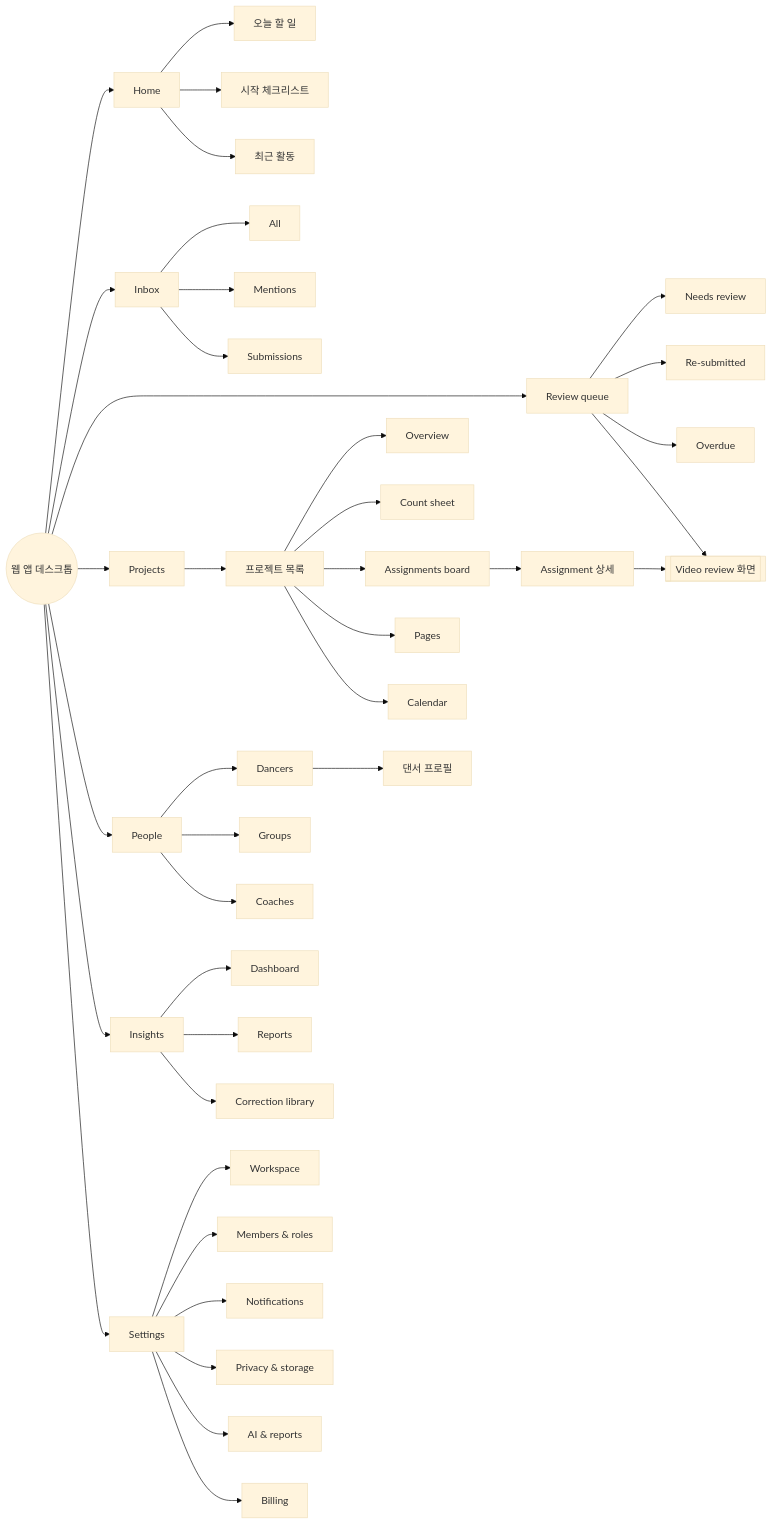
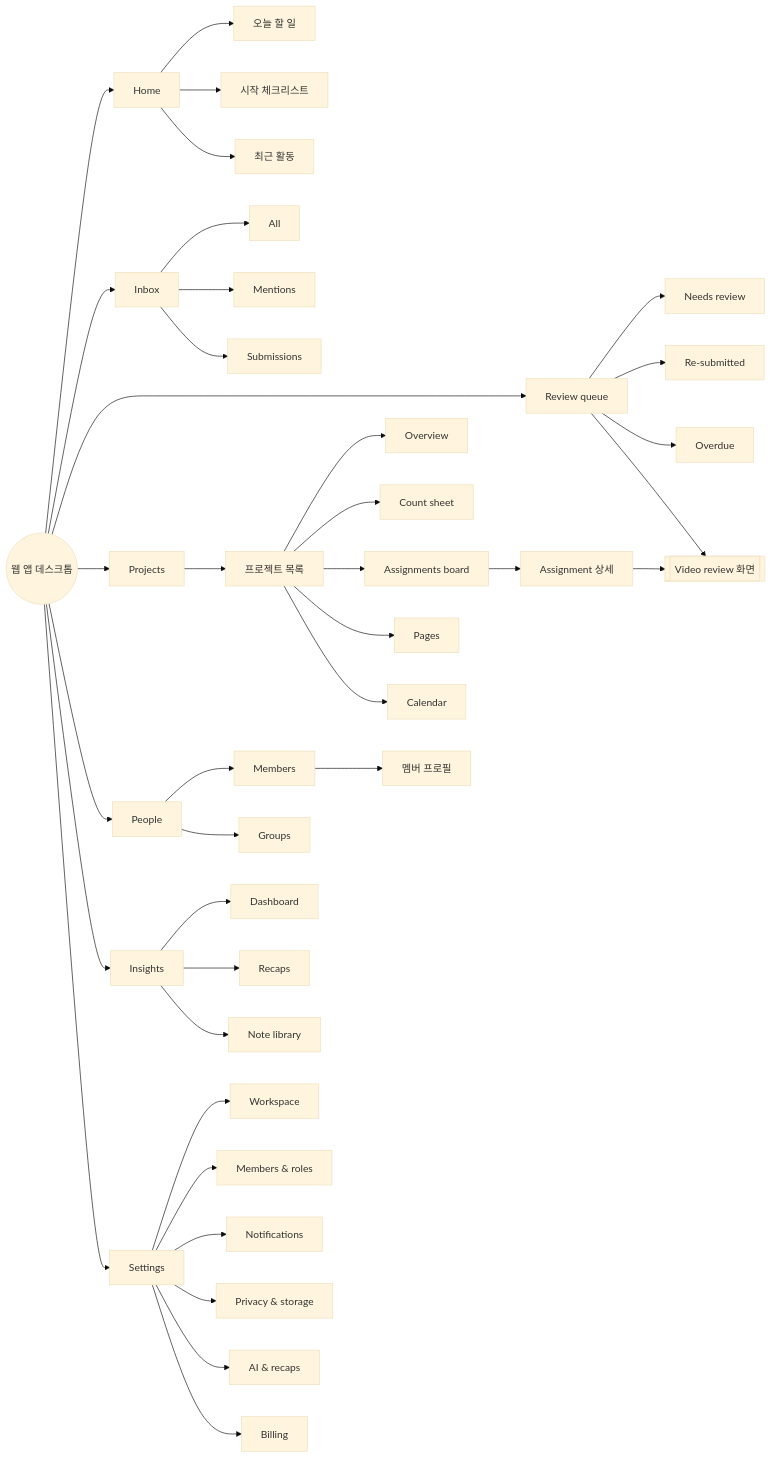
One commit to hope13710/dancerly changed the third of 4 diagrams in docs/01-menu-structure.md. Above: the diagram before and after it, drawn with Mermaid (base theme). The commit also changed other lines of this file and 13 other files, not shown here.

````diff
--- a/docs/01-menu-structure.md
+++ b/docs/01-menu-structure.md
@@ -114,48 +114,47 @@
 ```mermaid
 flowchart LR
   APP((웹 앱 데스크톱)) --> HOME[Home]
   APP --> INBOX[Inbox]
   APP --> RQ[Review queue]
   APP --> PJ[Projects]
   APP --> PP[People]
   APP --> IN[Insights]
   APP --> ST[Settings]
 
   HOME --> H1[오늘 할 일]
   HOME --> H2[시작 체크리스트]
   HOME --> H3[최근 활동]
 
   INBOX --> I1[All]
   INBOX --> I2[Mentions]
   INBOX --> I3[Submissions]
 
   RQ --> R1[Needs review]
   RQ --> R2[Re-submitted]
   RQ --> R3[Overdue]
   RQ --> RV[[Video review 화면]]
 
   PJ --> PX[프로젝트 목록]
   PX --> P1[Overview]
   PX --> P2[Count sheet]
   PX --> P3[Assignments board]
   PX --> P4[Pages]
   PX --> P5[Calendar]
   P3 --> AS[Assignment 상세]
   AS --> RV
 
-  PP --> D1[Dancers]
+  PP --> D1[Members]
   PP --> D2[Groups]
-  PP --> D3[Coaches]
-  D1 --> DP[댄서 프로필]
+  D1 --> DP[멤버 프로필]
 
   IN --> N1[Dashboard]
-  IN --> N2[Reports]
-  IN --> N3[Correction library]
+  IN --> N2[Recaps]
+  IN --> N3[Note library]
 
   ST --> S1[Workspace]
   ST --> S2[Members & roles]
   ST --> S3[Notifications]
   ST --> S4[Privacy & storage]
-  ST --> S5[AI & reports]
+  ST --> S5[AI & recaps]
   ST --> S6[Billing]
 ```
````
